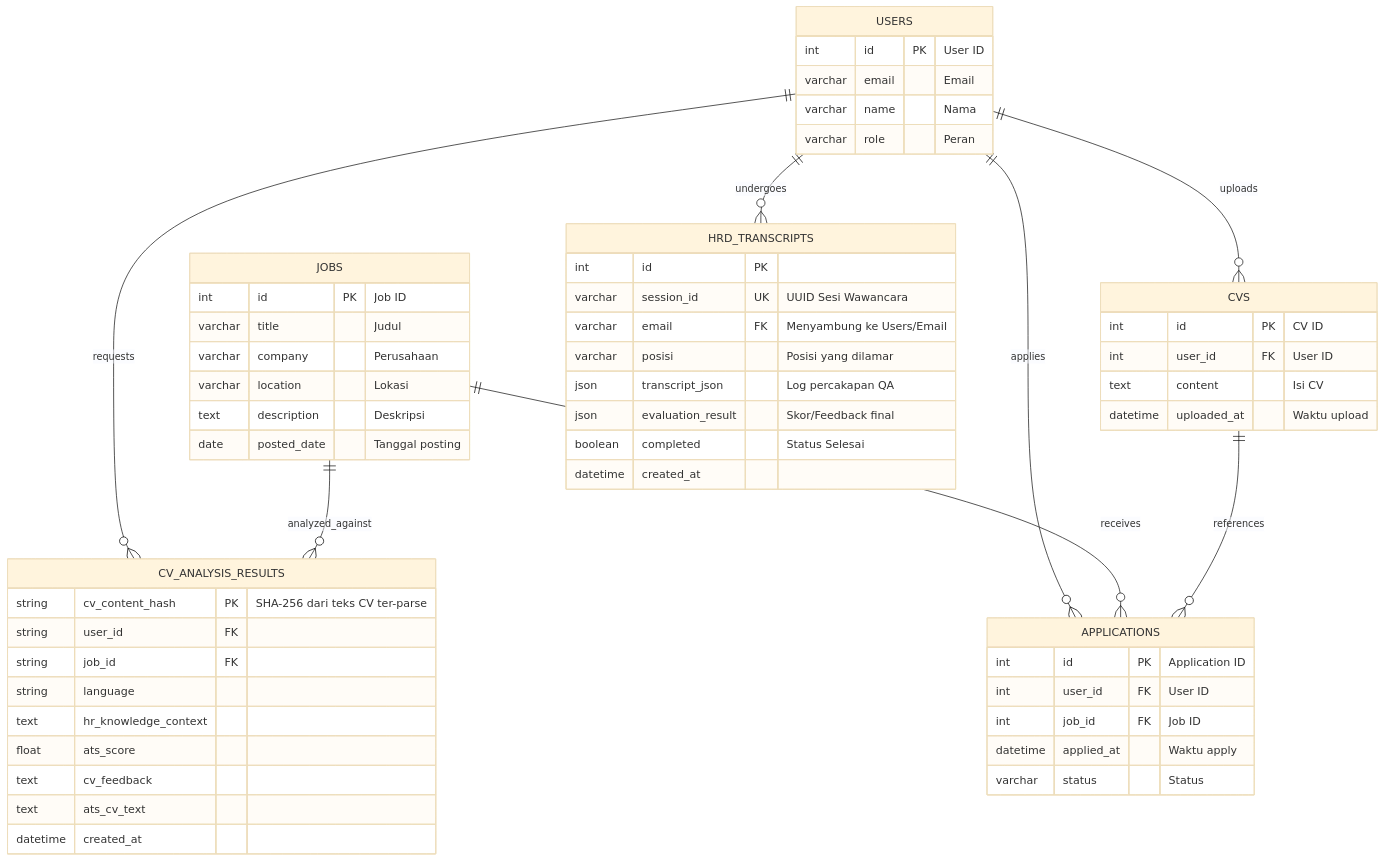
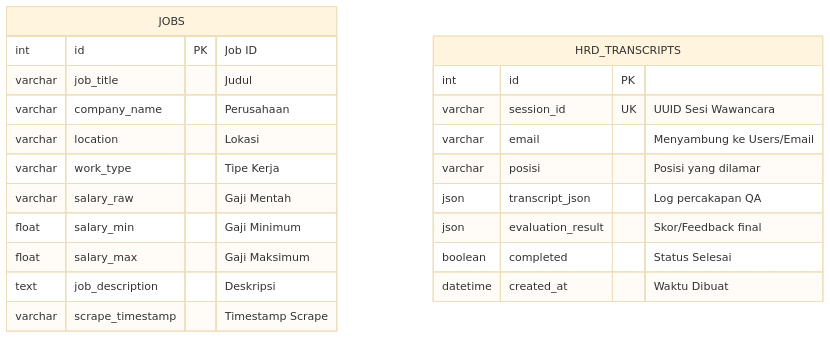
The first of 2 diagrams in ERD_JobMatch_AI.md (indri007/sweet-align-hub), drawn with Mermaid (base theme) before and after one commit. The commit also changed other lines of this file, not shown here.

Commit message:
docs: sync ERD with actual database and vector collections

````diff
--- a/ERD_JobMatch_AI.md
+++ b/ERD_JobMatch_AI.md
@@ -5,61 +5,26 @@
 ```mermaid
 erDiagram
-  USERS ||--o{ CV_ANALYSIS_RESULTS : requests
-  JOBS ||--o{ CV_ANALYSIS_RESULTS : analyzed_against
     JOBS {
         int id PK "Job ID"
-        varchar title "Judul"
-        varchar company "Perusahaan"
+        varchar job_title "Judul"
+        varchar company_name "Perusahaan"
         varchar location "Lokasi"
-        text description "Deskripsi"
-        date posted_date "Tanggal posting"
+        varchar work_type "Tipe Kerja"
+        varchar salary_raw "Gaji Mentah"
+        float salary_min "Gaji Minimum"
+        float salary_max "Gaji Maksimum"
+        text job_description "Deskripsi"
+        varchar scrape_timestamp "Timestamp Scrape"
     }
-    USERS {
-        int id PK "User ID"
-        varchar email "Email"
-        varchar name "Nama"
-        varchar role "Peran"
-    }
-    APPLICATIONS {
-        int id PK "Application ID"
-        int user_id FK "User ID"
-        int job_id FK "Job ID"
-        datetime applied_at "Waktu apply"
-        varchar status "Status"
-    }
-    CVS {
-        int id PK "CV ID"
-        int user_id FK "User ID"
-        text content "Isi CV"
-        datetime uploaded_at "Waktu upload"
-    }
-
-    USERS ||--o{ APPLICATIONS : "applies"
-    JOBS ||--o{ APPLICATIONS : "receives"
-    USERS ||--o{ CVS : "uploads"
-    CVS ||--o{ APPLICATIONS : "references"
-    USERS ||--o{ HRD_TRANSCRIPTS : "undergoes"
 
     HRD_TRANSCRIPTS {
         int id PK
         varchar session_id UK "UUID Sesi Wawancara"
-        varchar email FK "Menyambung ke Users/Email"
+        varchar email "Menyambung ke Users/Email"
         varchar posisi "Posisi yang dilamar"
         json transcript_json "Log percakapan QA"
         json evaluation_result "Skor/Feedback final"
         boolean completed "Status Selesai"
-        datetime created_at
+        datetime created_at "Waktu Dibuat"
     }
-
-  CV_ANALYSIS_RESULTS {
-    string cv_content_hash PK "SHA-256 dari teks CV ter-parse"
-    string user_id FK
-    string job_id FK
-    string language
-    text hr_knowledge_context
-    float ats_score
-    text cv_feedback
-    text ats_cv_text
-    datetime created_at
-  }
 ```
````
